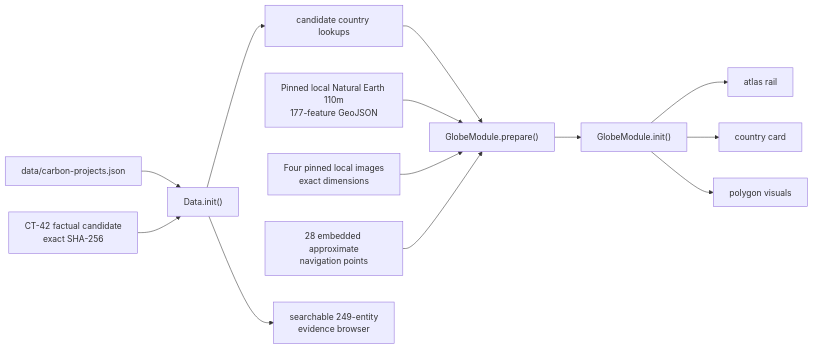
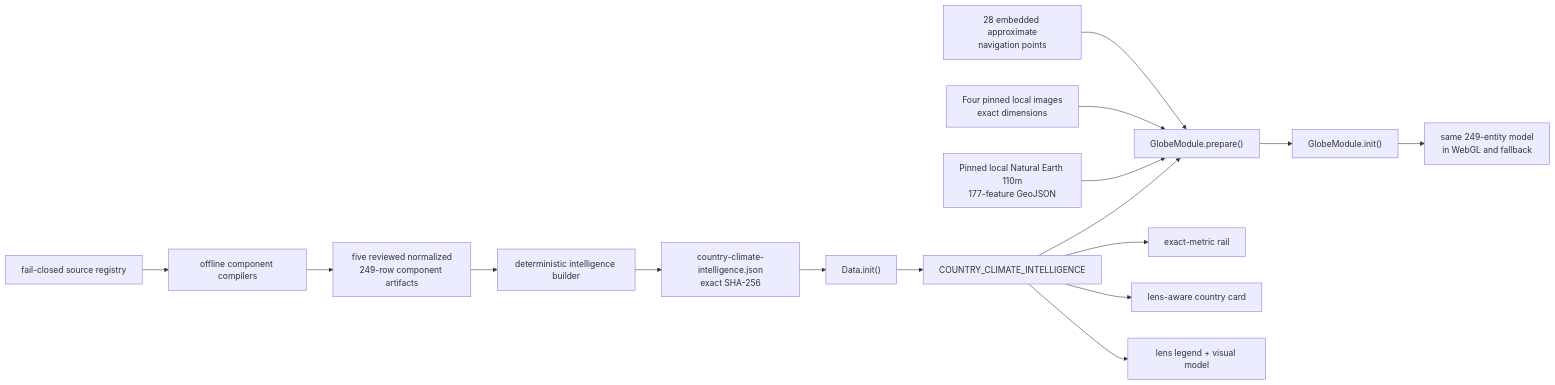
Before and after one commit to earth-love-united/earthloveunited.org: the diagram in ARCHITECTURE.md, drawn with Mermaid. The commit also changed other lines of this file and 45 other files, not shown here.

Commit message:
feat(climate): govern country intelligence release

````diff
--- a/ARCHITECTURE.md
+++ b/ARCHITECTURE.md
@@ -140,15 +144,18 @@
 ```mermaid
 flowchart LR
-    C["data/carbon-projects.json"] --> D
-    F["CT-42 factual candidate<br/>exact SHA-256"] --> D["Data.init()"]
-    D --> L["candidate country lookups"]
-    L --> P["GlobeModule.prepare()"]
+    SR["fail-closed source registry"] --> C["offline component compilers"]
+    C --> F["five reviewed normalized<br/>249-row component artifacts"]
+    F --> X["deterministic intelligence builder"]
+    X --> J["country-climate-intelligence.json<br/>exact SHA-256"]
+    J --> D["Data.init()"]
+    D --> M["COUNTRY_CLIMATE_INTELLIGENCE"]
+    M --> P["GlobeModule.prepare()"]
     N["Pinned local Natural Earth 110m<br/>177-feature GeoJSON"] --> P
     I["Four pinned local images<br/>exact dimensions"] --> P
-    S["28 embedded approximate<br/>navigation points"] --> P
+    PTS["28 embedded approximate<br/>navigation points"] --> P
     P --> G["GlobeModule.init()"]
-    G --> R["atlas rail"]
-    G --> K["country card"]
-    G --> V["polygon visuals"]
-    D --> B["searchable 249-entity<br/>evidence browser"]
+    M --> R["exact-metric rail"]
+    M --> K["lens-aware country card"]
+    M --> V["lens legend + visual model"]
+    G --> B["same 249-entity model<br/>in WebGL and fallback"]
 ```
````
